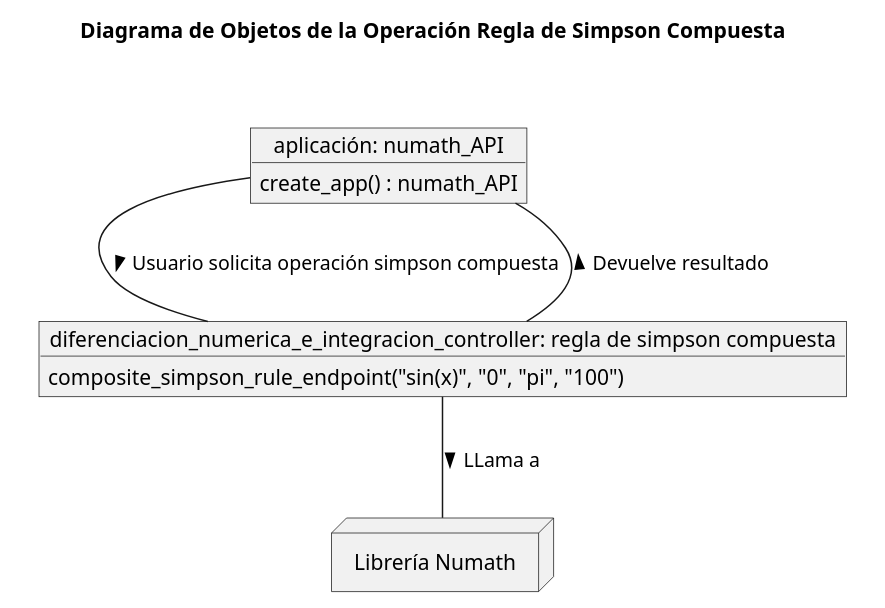
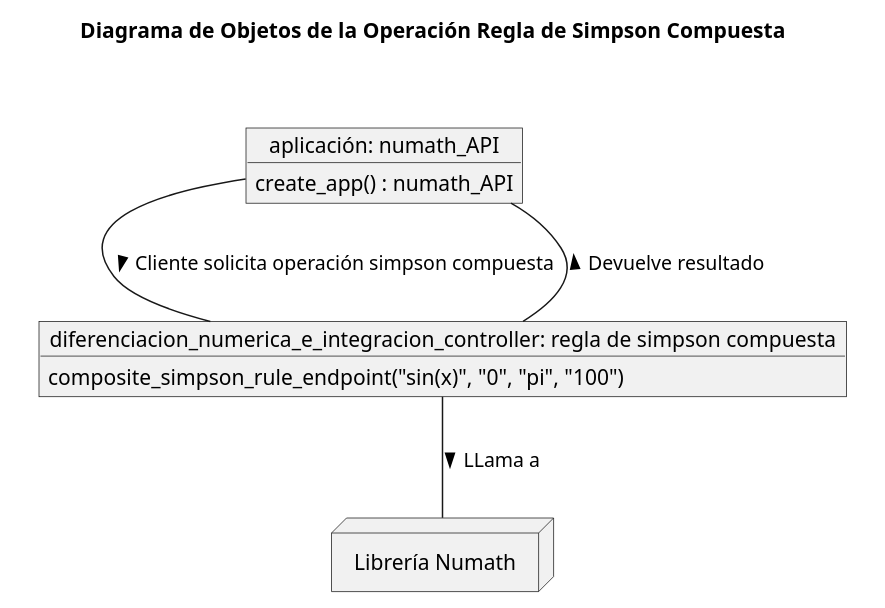
Before and after one commit to rodri5villa/numath-API: the diagram in modelosUML/diagramaObjertosSimpsonCompuesta.puml, drawn with PlantUML. The commit also changed 5 other files, not shown here.

```diff
--- a/modelosUML/diagramaObjertosSimpsonCompuesta.puml
+++ b/modelosUML/diagramaObjertosSimpsonCompuesta.puml
@@ -1,25 +1,25 @@
 @startuml
 
 skinparam packageBorderColor white
 skinparam packageBackgroundColor white
 
 title Diagrama de Objetos de la Operación Regla de Simpson Compuesta
 
 package " " {
   object "aplicación: numath_API" as flask_app {
     create_app() : numath_API
   }
   
   object "diferenciacion_numerica_e_integracion_controller: regla de simpson compuesta" as operaciones {
     composite_simpson_rule_endpoint("sin(x)", "0", "pi", "100")  
   }
 }
 
 node "Librería Numath" as PyLibrary {
 }
 
-flask_app -- operaciones: "Usuario solicita operación simpson compuesta >"
+flask_app -- operaciones: "Cliente solicita operación simpson compuesta >"
 operaciones -- PyLibrary : "LLama a >"
 operaciones -- flask_app : "Devuelve resultado >"
 
 @enduml
```
